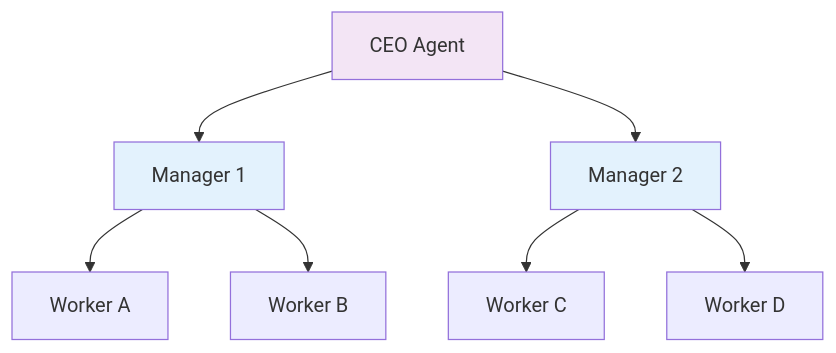
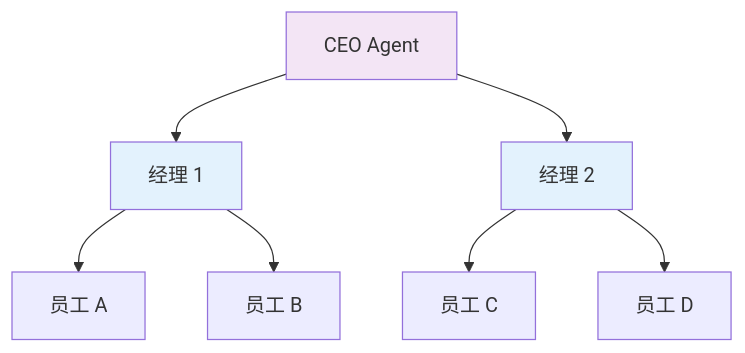
One commit to YiWang24/AiDIY changed the seventh of 20 diagrams in i18n/zh-Hans/docusaurus-plugin-content-docs/current/ai/agents/design-patterns.mdx. Above: the diagram before and after it, drawn with Mermaid. The commit also changed other lines of this file and 59 other files, not shown here.

````diff
--- a/i18n/zh-Hans/docusaurus-plugin-content-docs/current/ai/agents/design-patterns.mdx
+++ b/i18n/zh-Hans/docusaurus-plugin-content-docs/current/ai/agents/design-patterns.mdx
@@ -287,14 +287,14 @@
 ```mermaid
 flowchart TB
-    CEO[CEO Agent] --> M1[Manager 1]
-    CEO --> M2[Manager 2]
+    CEO[CEO Agent] --> M1[经理 1]
+    CEO --> M2[经理 2]
 
-    M1 --> W1[Worker A]
-    M1 --> W2[Worker B]
-    M2 --> W3[Worker C]
-    M2 --> W4[Worker D]
+    M1 --> W1[员工 A]
+    M1 --> W2[员工 B]
+    M2 --> W3[员工 C]
+    M2 --> W4[员工 D]
 
     style CEO fill:#f3e5f5
     style M1 fill:#e3f2fd
     style M2 fill:#e3f2fd
 ```
````
